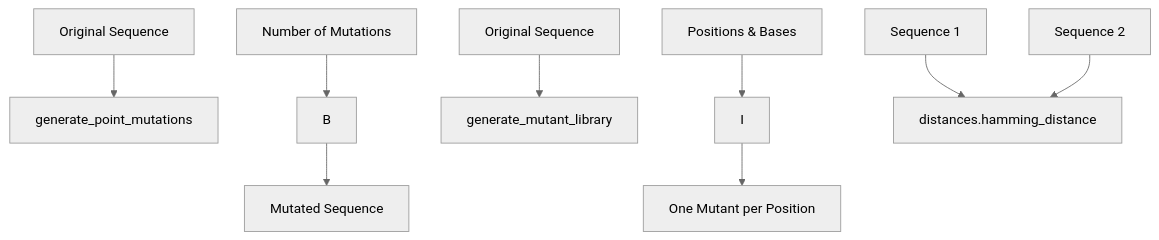
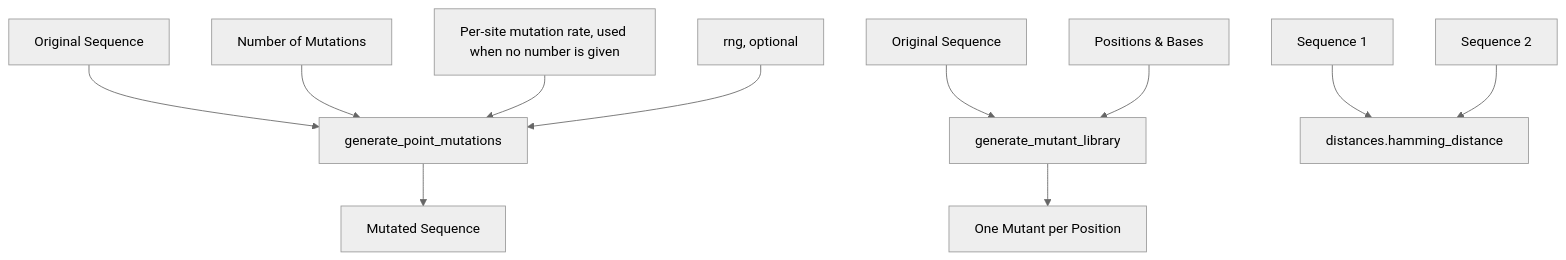
Before and after one commit to docxology/MetaInformAnt: the diagram in docs/dna/mutations.md, drawn with Mermaid (neutral theme). The commit also changed other lines of this file and 35 other files, not shown here.

````diff
--- a/docs/dna/mutations.md
+++ b/docs/dna/mutations.md
@@ -5,12 +5,14 @@
 ```mermaid
 flowchart TD
-  AoriginalSequence[Original Sequence] --> BgeneratePointMutations[generate_point_mutations]
-  JnumberOfMutations[Number of Mutations] --> B
-  B --> DmutatedSequence[Mutated Sequence]
+  seq[Original Sequence] --> gpm[generate_point_mutations]
+  count[Number of Mutations] --> gpm
+  rate[Per-site mutation rate, used when no number is given] --> gpm
+  rng[rng, optional] --> gpm
+  gpm --> mutated[Mutated Sequence]
 
-  HoriginalSequence[Original Sequence] --> IgenerateMutantLibrary[generate_mutant_library]
-  CpositionsAndBases[Positions & Bases] --> I
-  I --> KmutantLibrary[One Mutant per Position]
+  seq2[Original Sequence] --> gml[generate_mutant_library]
+  pos[Positions & Bases] --> gml
+  gml --> library[One Mutant per Position]
 
-  Esequence1[Sequence 1] & Fsequence2[Sequence 2] --> GhammingDistance[distances.hamming_distance]
+  s1[Sequence 1] & s2[Sequence 2] --> ham[distances.hamming_distance]
 ```
````
